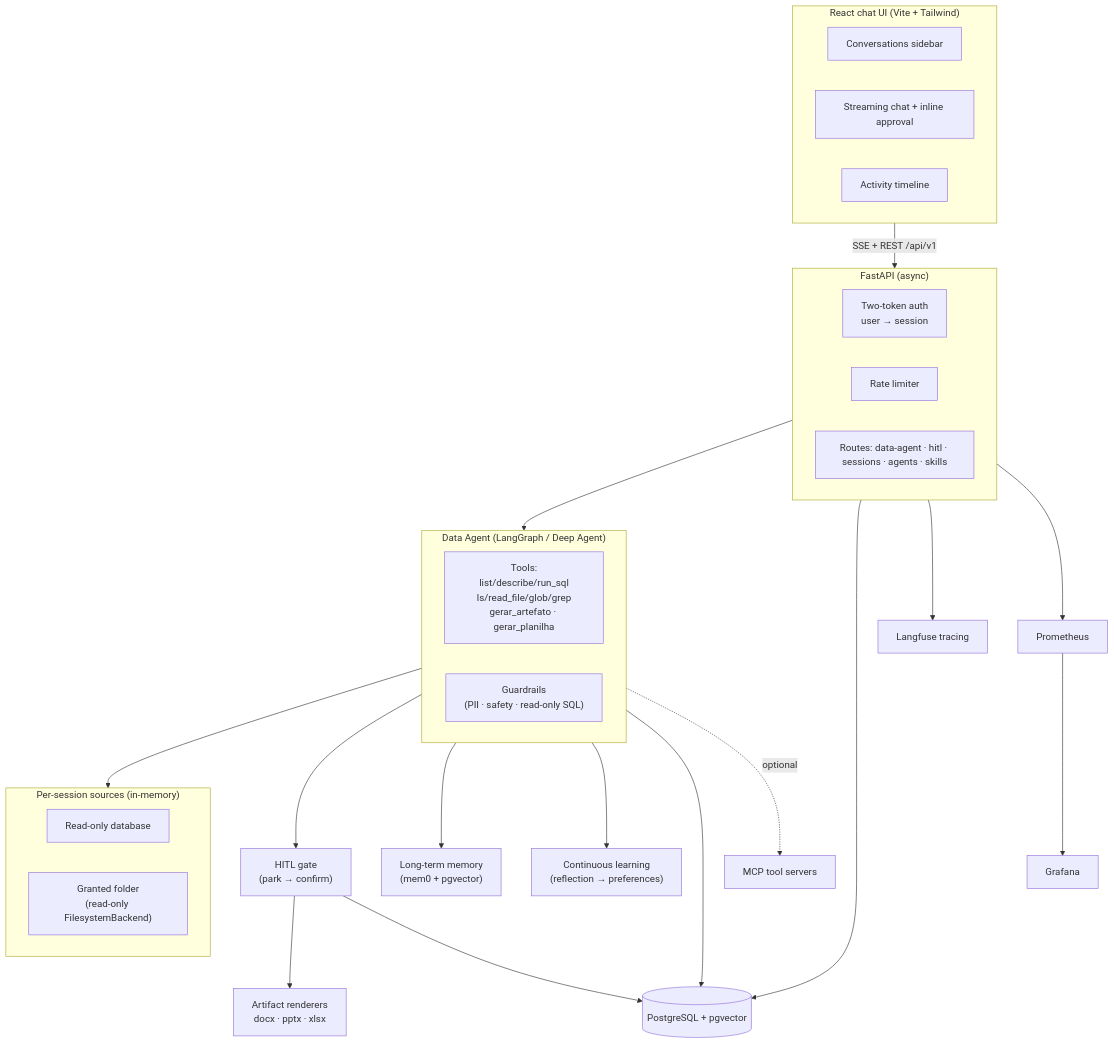
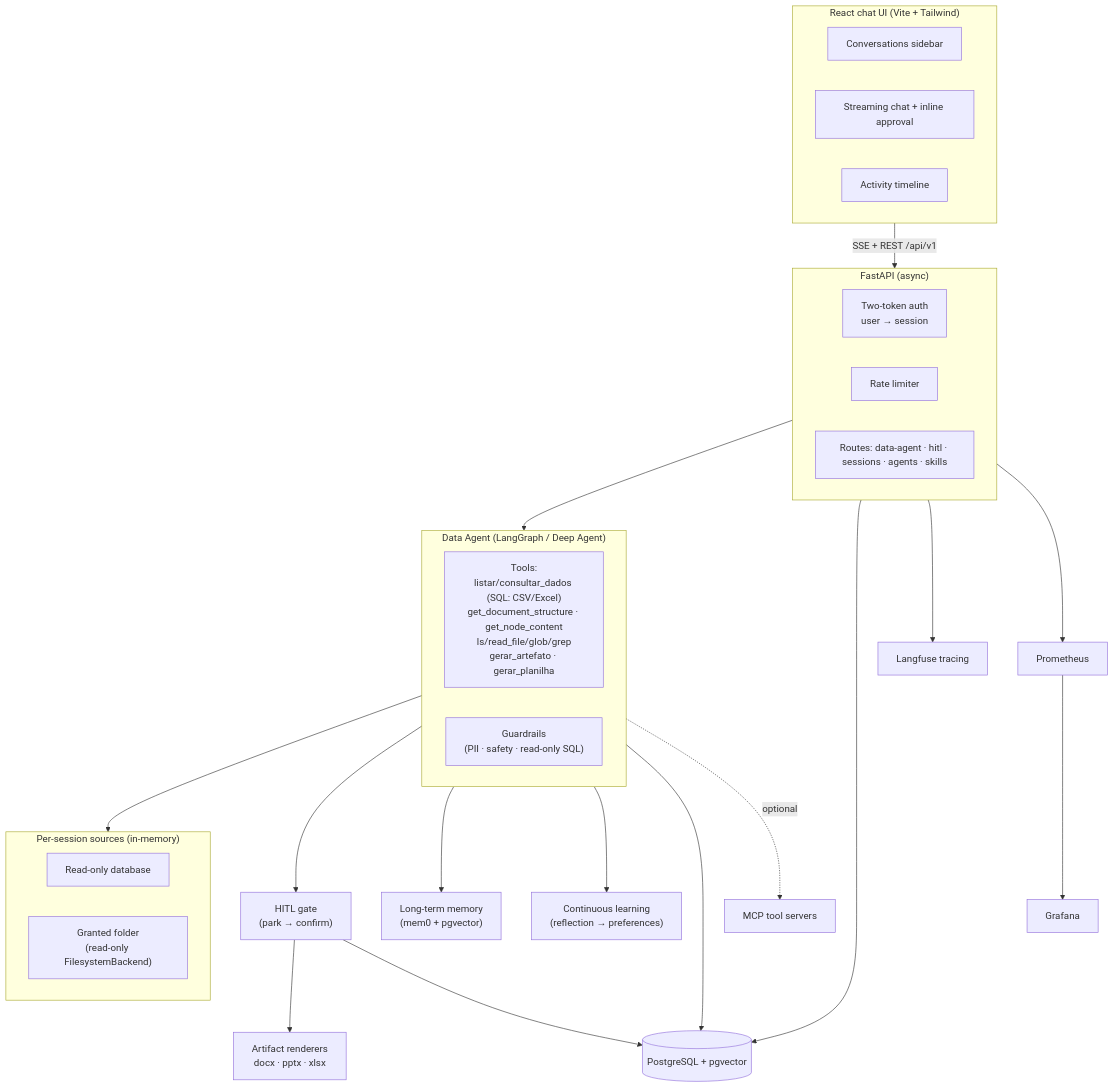
The first of 3 diagrams in README.md (caio-moliveira/agent-harness-prod), drawn with Mermaid before and after one commit. The commit also changed other lines of this file and 1 other file, not shown here.

````diff
--- a/README.md
+++ b/README.md
@@ -36,44 +36,44 @@
 ```mermaid
 flowchart TB
   subgraph UI["React chat UI (Vite + Tailwind)"]
     Sidebar["Conversations sidebar"]
     Chat["Streaming chat + inline approval"]
     Timeline["Activity timeline"]
   end
 
   UI -->|"SSE + REST /api/v1"| API
 
   subgraph API["FastAPI (async)"]
     Auth["Two-token auth<br/>user → session"]
     Rate["Rate limiter"]
     Routes["Routes: data-agent · hitl · sessions · agents · skills"]
   end
 
   API --> Agent
 
   subgraph Agent["Data Agent (LangGraph / Deep Agent)"]
-    Tools["Tools:<br/>list/describe/run_sql<br/>ls/read_file/glob/grep<br/>gerar_artefato · gerar_planilha"]
+    Tools["Tools:<br/>listar/consultar_dados (SQL: CSV/Excel)<br/>get_document_structure · get_node_content<br/>ls/read_file/glob/grep<br/>gerar_artefato · gerar_planilha"]
     Guard["Guardrails<br/>(PII · safety · read-only SQL)"]
   end
 
   Agent --> Sources
   subgraph Sources["Per-session sources (in-memory)"]
     DB["Read-only database"]
     FS["Granted folder<br/>(read-only FilesystemBackend)"]
   end
 
   Agent --> HITL["HITL gate<br/>(park → confirm)"]
   HITL --> Artifacts["Artifact renderers<br/>docx · pptx · xlsx"]
 
   Agent --> Memory["Long-term memory<br/>(mem0 + pgvector)"]
   Agent --> Learning["Continuous learning<br/>(reflection → preferences)"]
 
   API --> PG[("PostgreSQL + pgvector")]
   Agent --> PG
   HITL --> PG
 
   API --> Obs["Langfuse tracing"]
   API --> Prom["Prometheus"] --> Graf["Grafana"]
 
   Agent -. optional .-> MCP["MCP tool servers"]
 ```
````
